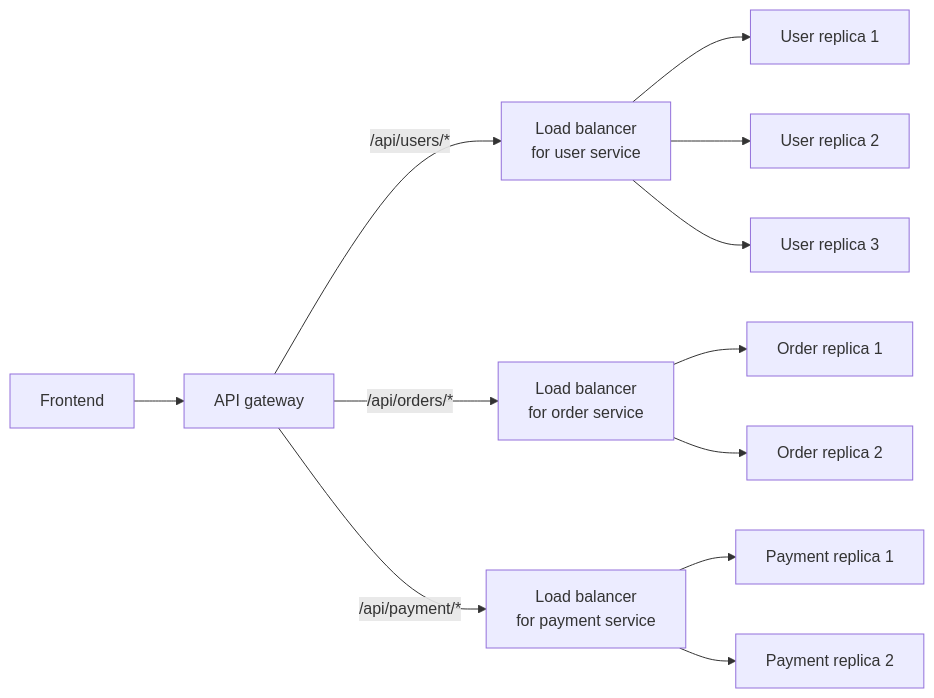
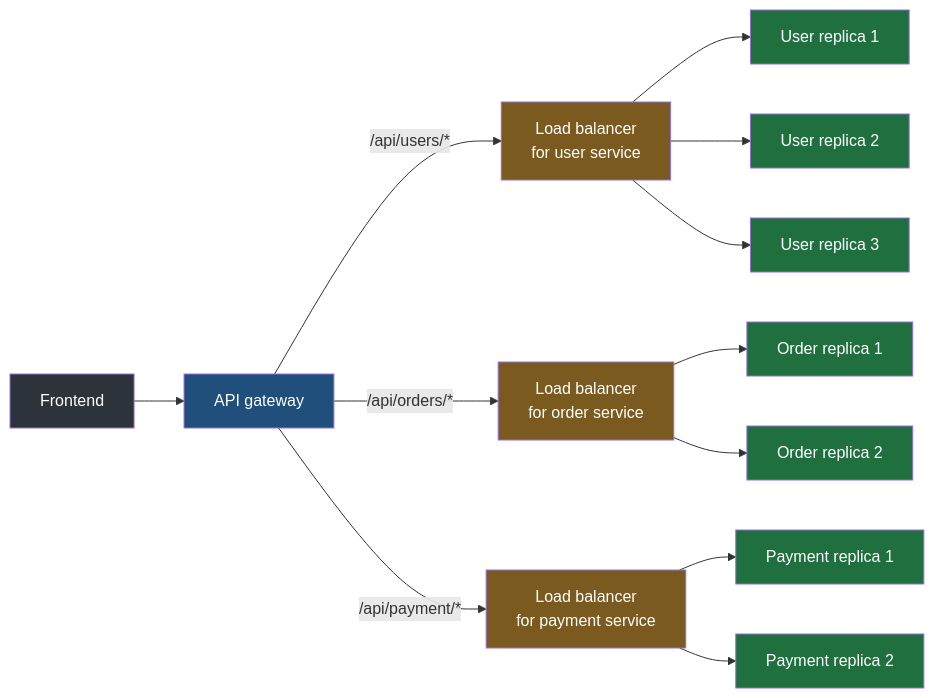
The fourth of 5 diagrams in Devops/04-Networking/07-API-Gateway.md (Dummy-Bug/system-design-handbook), drawn with Mermaid before and after one commit. The commit also changed other lines of this file and 53 other files, not shown here.

````diff
--- a/Devops/04-Networking/07-API-Gateway.md
+++ b/Devops/04-Networking/07-API-Gateway.md
@@ -89,14 +102,26 @@
 ```mermaid
 flowchart LR
     F["Frontend"] --> G["API gateway"]
     G -->|"/api/users/*"| LB1["Load balancer<br/>for user service"]
     G -->|"/api/orders/*"| LB2["Load balancer<br/>for order service"]
     G -->|"/api/payment/*"| LB3["Load balancer<br/>for payment service"]
     LB1 --> U1["User replica 1"]
     LB1 --> U2["User replica 2"]
     LB1 --> U3["User replica 3"]
     LB2 --> O1["Order replica 1"]
     LB2 --> O2["Order replica 2"]
     LB3 --> P1["Payment replica 1"]
     LB3 --> P2["Payment replica 2"]
+    style F fill:#2d333b,color:#fff
+    style G fill:#1f4f7a,color:#fff
+    style LB1 fill:#7a5a1f,color:#fff
+    style LB2 fill:#7a5a1f,color:#fff
+    style LB3 fill:#7a5a1f,color:#fff
+    style U1 fill:#1f6f3f,color:#fff
+    style U2 fill:#1f6f3f,color:#fff
+    style U3 fill:#1f6f3f,color:#fff
+    style O1 fill:#1f6f3f,color:#fff
+    style O2 fill:#1f6f3f,color:#fff
+    style P1 fill:#1f6f3f,color:#fff
+    style P2 fill:#1f6f3f,color:#fff
 ```
````
